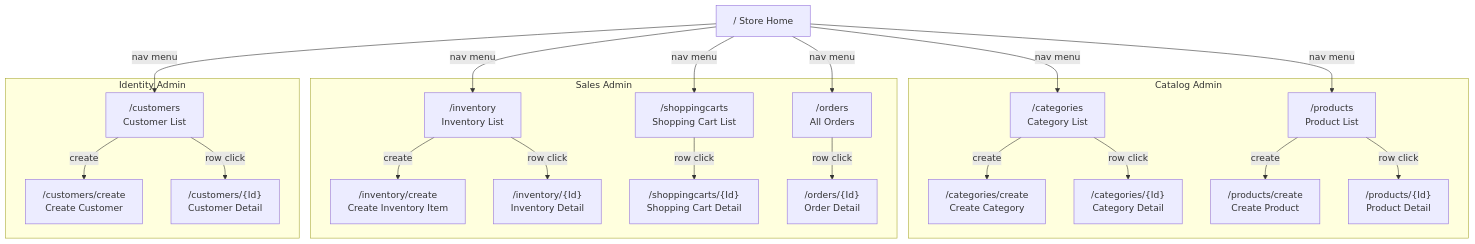
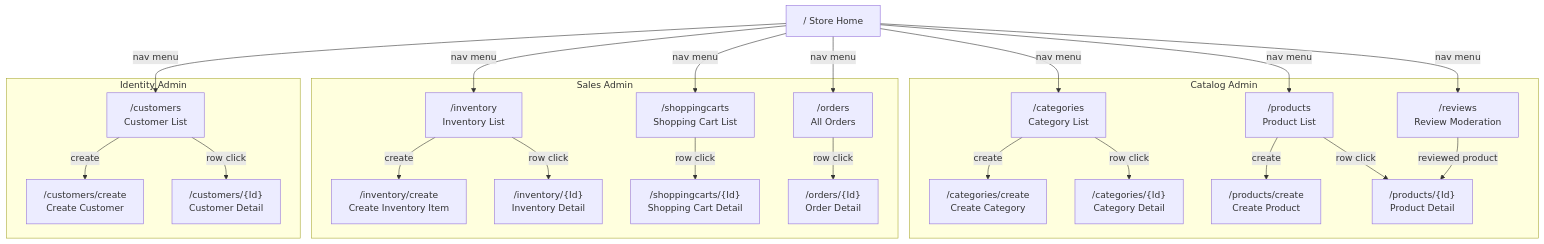
One commit to ivanball/ivanball.github.io changed the third of 3 diagrams in docs-src/guides/store-NavigationFlow.md. Above: the diagram before and after it, drawn with Mermaid. The commit also changed other lines of this file and 14 other files, not shown here.

````diff
--- a/docs-src/guides/store-NavigationFlow.md
+++ b/docs-src/guides/store-NavigationFlow.md
@@ -108,47 +116,50 @@
 ```mermaid
 flowchart TD
     subgraph CatalogAdmin["Catalog Admin"]
         Categories["/categories<br/>Category List"]
         CategoryCreate["/categories/create<br/>Create Category"]
         CategoryDetail["/categories/{Id}<br/>Category Detail"]
         Products["/products<br/>Product List"]
         ProductCreate["/products/create<br/>Create Product"]
         ProductDetailAdm["/products/{Id}<br/>Product Detail"]
+        ReviewsAdm["/reviews<br/>Review Moderation"]
     end
 
     subgraph SalesAdmin["Sales Admin"]
         Inventory["/inventory<br/>Inventory List"]
         InventoryCreate["/inventory/create<br/>Create Inventory Item"]
         InventoryDetail["/inventory/{Id}<br/>Inventory Detail"]
         Carts["/shoppingcarts<br/>Shopping Cart List"]
         CartDetail["/shoppingcarts/{Id}<br/>Shopping Cart Detail"]
         OrdersAll["/orders<br/>All Orders"]
         OrderDetailAdm["/orders/{Id}<br/>Order Detail"]
     end
 
     subgraph IdentityAdmin["Identity Admin"]
         Customers["/customers<br/>Customer List"]
         CustomerCreate["/customers/create<br/>Create Customer"]
         CustomerDetail["/customers/{Id}<br/>Customer Detail"]
     end
 
     Home["/  Store Home"]
 
     Home -->|nav menu| Categories
     Home -->|nav menu| Products
+    Home -->|nav menu| ReviewsAdm
     Home -->|nav menu| Inventory
     Home -->|nav menu| Carts
     Home -->|nav menu| OrdersAll
     Home -->|nav menu| Customers
 
     Categories -->|row click| CategoryDetail
     Categories -->|create| CategoryCreate
     Products -->|row click| ProductDetailAdm
     Products -->|create| ProductCreate
     Inventory -->|row click| InventoryDetail
     Inventory -->|create| InventoryCreate
     Carts -->|row click| CartDetail
     OrdersAll -->|row click| OrderDetailAdm
     Customers -->|row click| CustomerDetail
     Customers -->|create| CustomerCreate
+    ReviewsAdm -->|reviewed product| ProductDetailAdm
 ```
````
